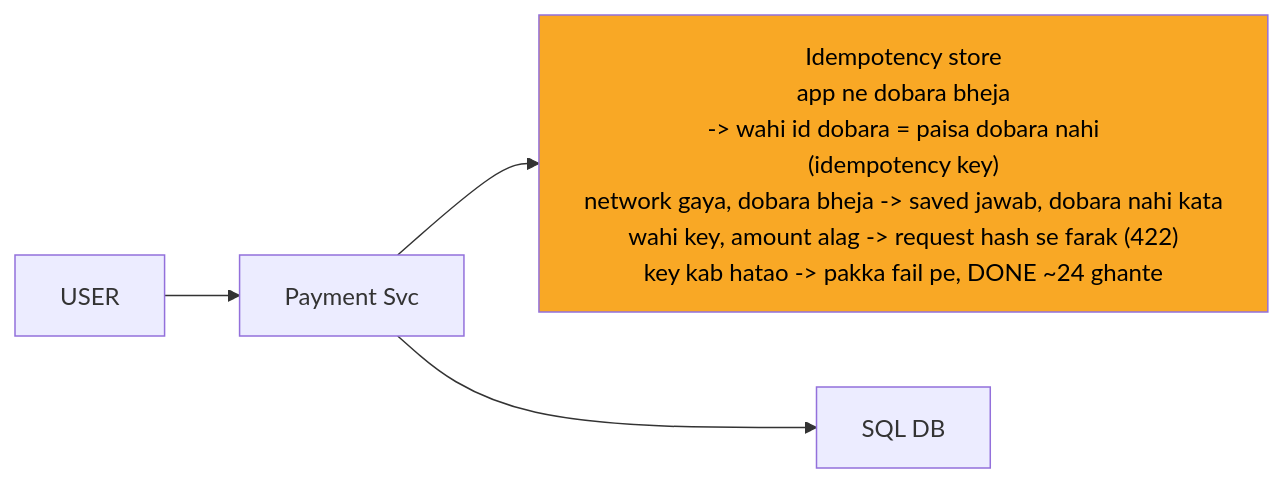
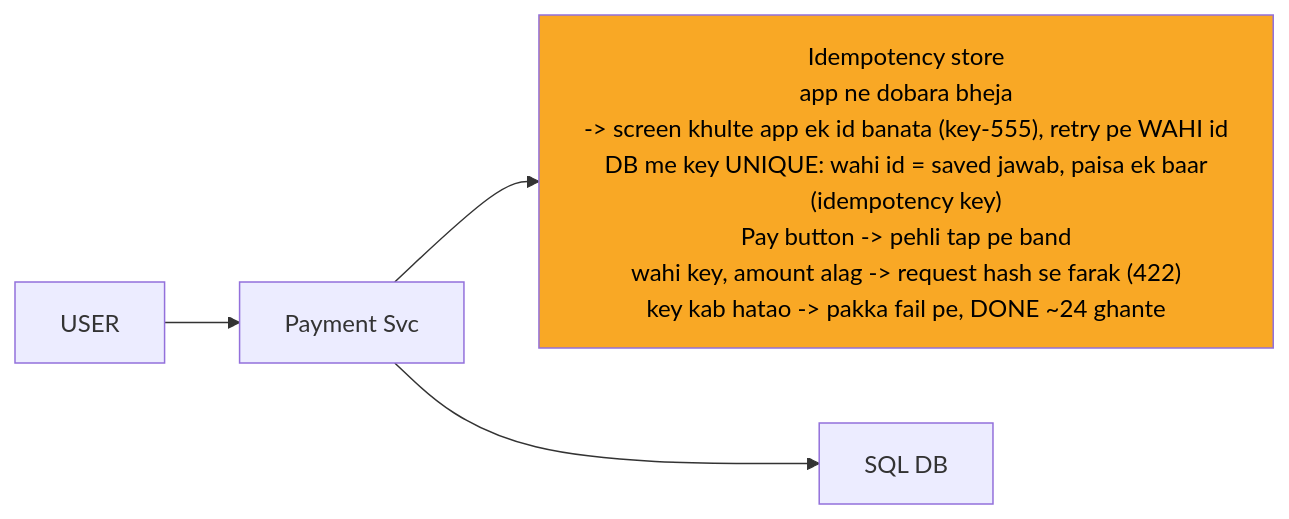
The fourth of 12 diagrams in 04_HLD/SYSTEM_DESIGNS/06_payment_system/06_payment_system.md (ArpanMaheshwari144/Prep), drawn with Mermaid before and after one commit. The commit also changed other lines of this file and 13 other files, not shown here.

````diff
--- a/04_HLD/SYSTEM_DESIGNS/06_payment_system/06_payment_system.md
+++ b/04_HLD/SYSTEM_DESIGNS/06_payment_system/06_payment_system.md
@@ -186,12 +190,12 @@
 ```mermaid
 %%{init: {"flowchart": {"wrappingWidth": 450}}}%%
 flowchart LR
     n_USER["USER"]
     n_Payment_Svc["Payment Svc"]
-    n_Idempotency_store["Idempotency store<br/>app ne dobara bheja<br/>-> wahi id dobara = paisa dobara nahi<br/>(idempotency key)<br/>network gaya, dobara bheja -> saved jawab, dobara nahi kata<br/>wahi key, amount alag -> request hash se farak (422)<br/>key kab hatao -> pakka fail pe, DONE ~24 ghante"]
+    n_Idempotency_store["Idempotency store<br/>app ne dobara bheja<br/>-> screen khulte app ek id banata (key-555), retry pe WAHI id<br/>DB me key UNIQUE: wahi id = saved jawab, paisa ek baar<br/>(idempotency key)<br/>Pay button -> pehli tap pe band<br/>wahi key, amount alag -> request hash se farak (422)<br/>key kab hatao -> pakka fail pe, DONE ~24 ghante"]
     n_DB["SQL DB"]
     n_USER --> n_Payment_Svc
     n_Payment_Svc --> n_Idempotency_store
     n_Payment_Svc --> n_DB
     style n_Idempotency_store fill:#f9a825,color:#000
 ```
````
